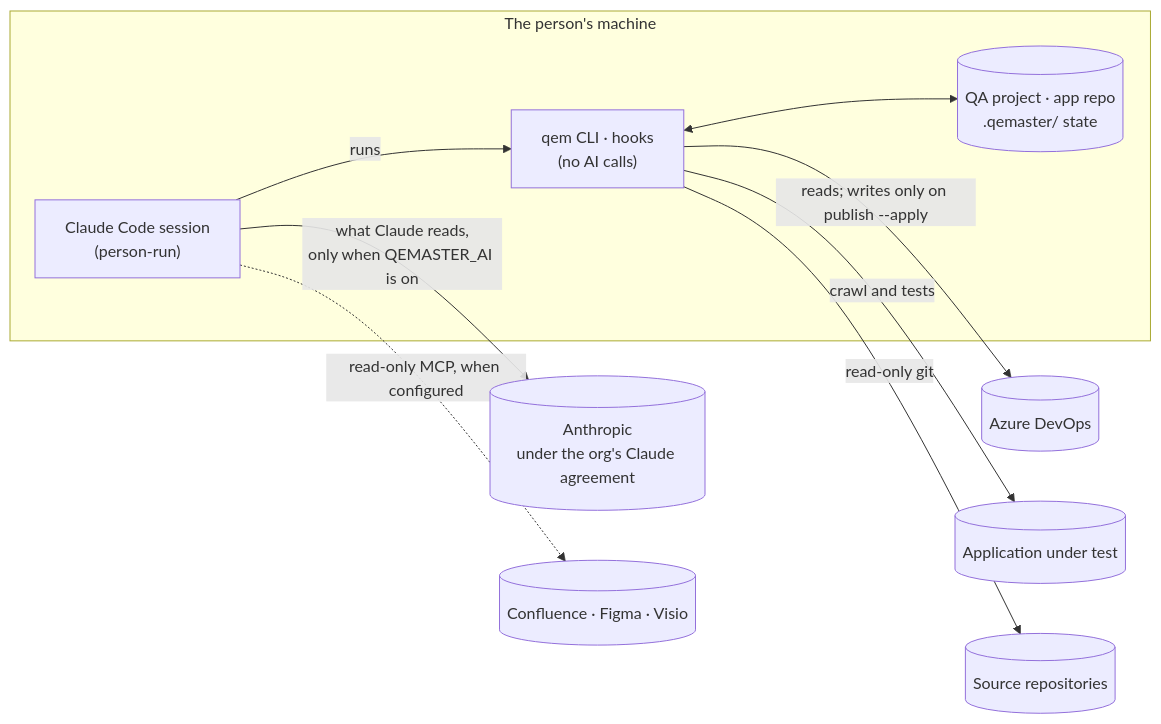
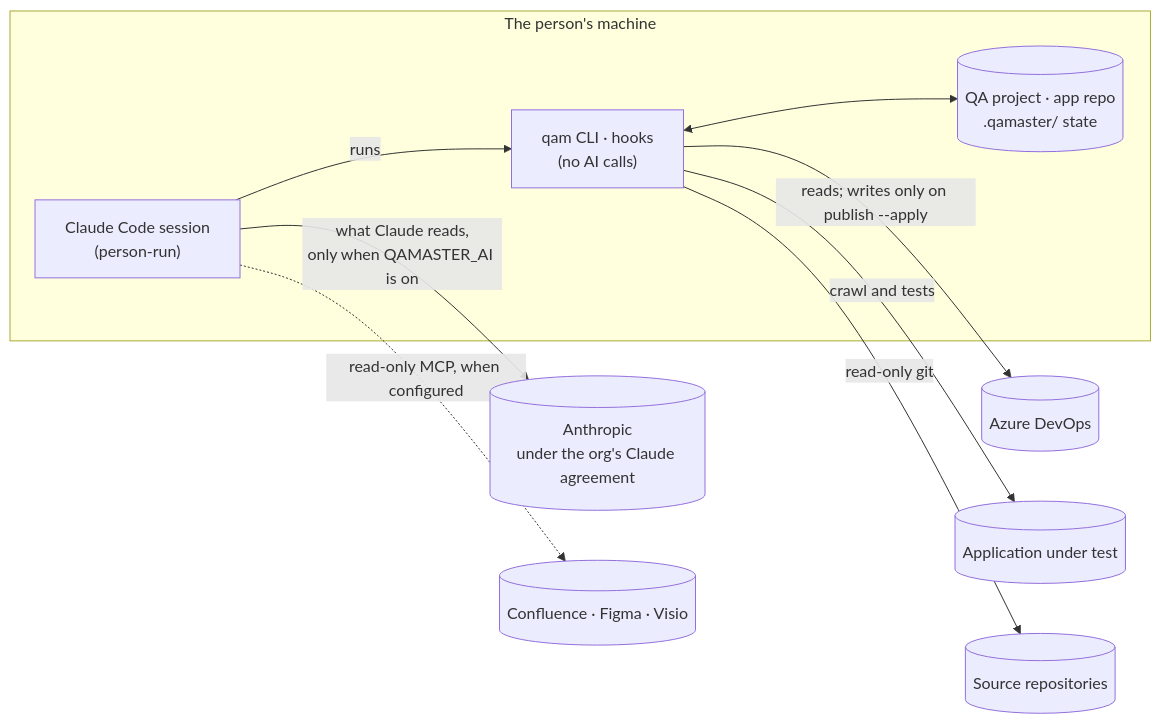
The diagram in docs/data-handling.md (Galent-engineering/QAMaster), drawn with Mermaid before and after one commit. The commit also changed other lines of this file and 19 other files, not shown here.

First line of the commit message:
Rename the project from QeMaster to QAMaster

````diff
--- a/docs/data-handling.md
+++ b/docs/data-handling.md
@@ -15,21 +15,21 @@
 ```mermaid
 flowchart LR
     subgraph LOCAL["The person's machine"]
-        CLI["qem CLI · hooks<br/>(no AI calls)"]
+        CLI["qam CLI · hooks<br/>(no AI calls)"]
         SES["Claude Code session<br/>(person-run)"]
-        FILES[("QA project · app repo<br/>.qemaster/ state")]
+        FILES[("QA project · app repo<br/>.qamaster/ state")]
     end
     ANT[("Anthropic<br/>under the org's Claude agreement")]
     ADO[("Azure DevOps")]
     AUT[("Application under test")]
     SRC[("Source repositories")]
     CTX[("Confluence · Figma · Visio")]
 
-    SES -->|"what Claude reads,<br/>only when QEMASTER_AI is on"| ANT
+    SES -->|"what Claude reads,<br/>only when QAMASTER_AI is on"| ANT
     SES -->|runs| CLI
     CLI -->|"reads; writes only on publish --apply"| ADO
     CLI -->|"crawl and tests"| AUT
     CLI -->|"read-only git"| SRC
     SES -.->|"read-only MCP, when configured"| CTX
     CLI <--> FILES
 ```
````
